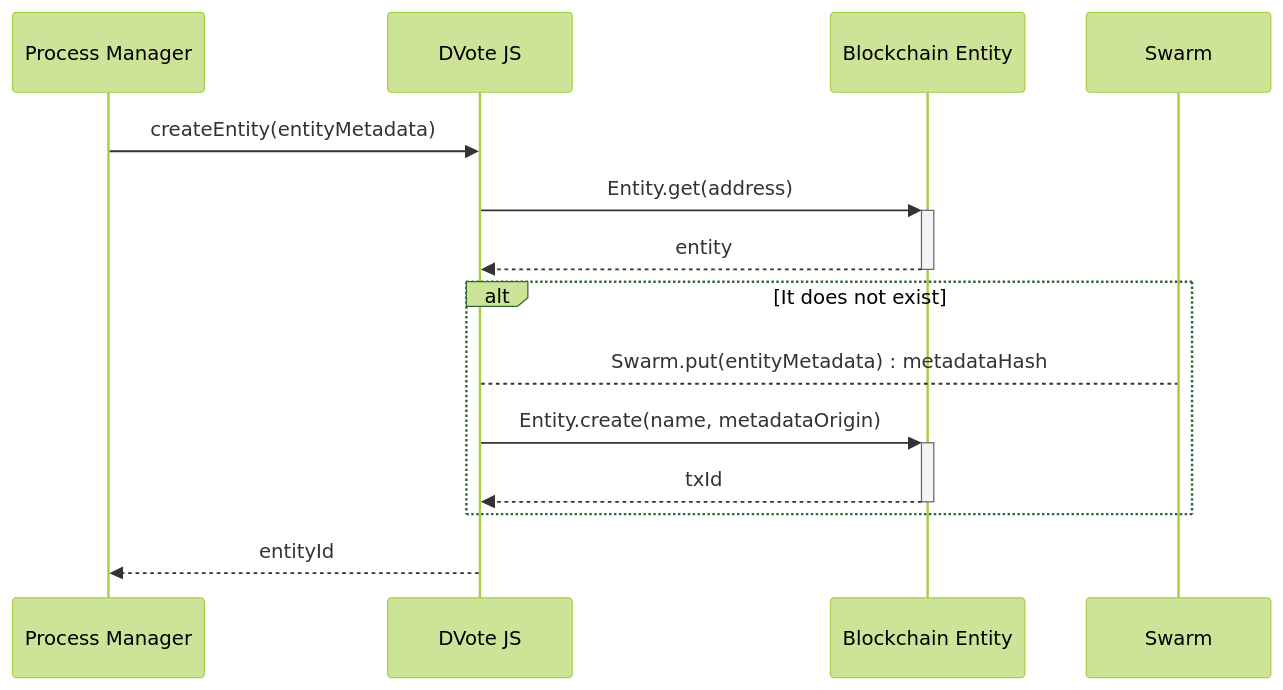
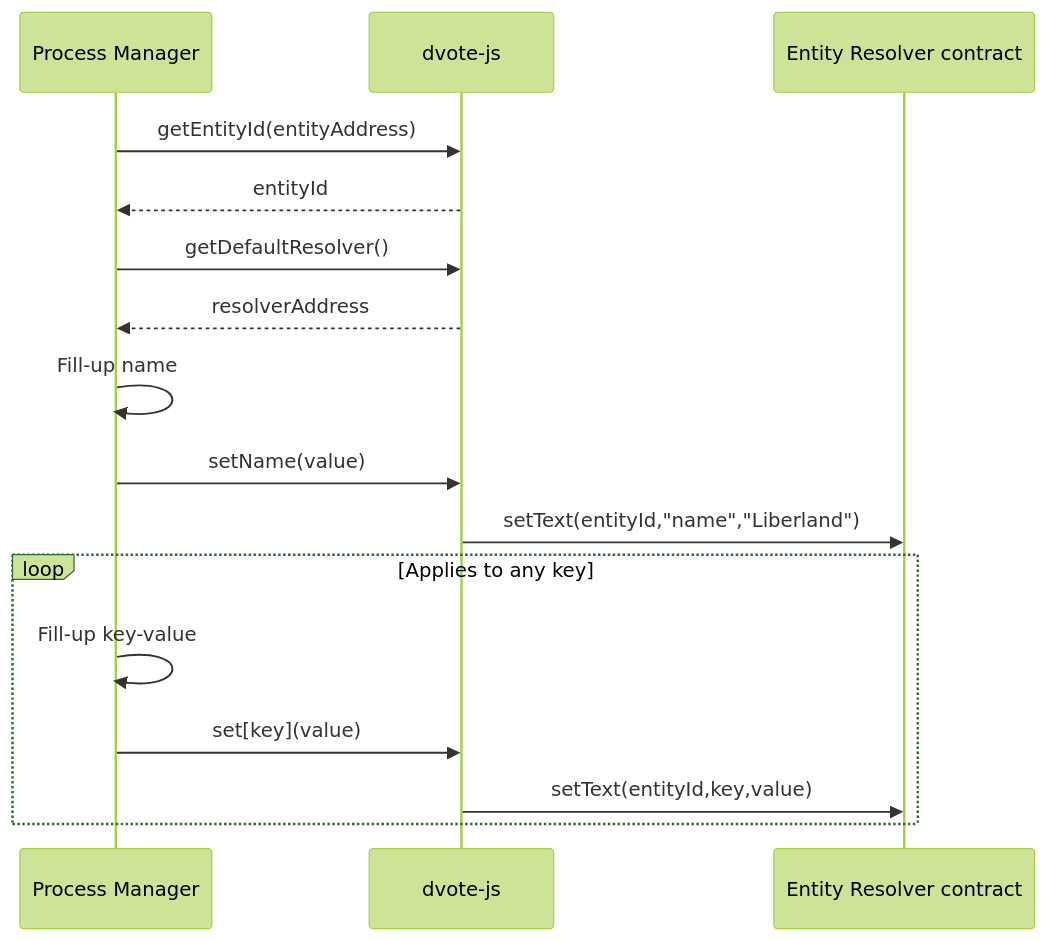
Before and after one commit to vocdoni/docs: the third of 14 diagrams in docs/protocol/sequence-diagrams.md, drawn with Mermaid (forest theme). The commit also changed other lines of this file, not shown here.

Commit message:
Set entity meta-data sequence

````diff
--- a/docs/protocol/sequence-diagrams.md
+++ b/docs/protocol/sequence-diagrams.md
@@ -31,21 +49,25 @@
 ```mermaid
+
 sequenceDiagram
     participant PM as Process Manager
-    participant DV as DVote JS
-    participant BE as Blockchain Entity
-    participant S as Swarm
+    participant DV as dvote-js
+    participant ER as Entity Resolver contract
 
-    PM->>DV: createEntity(entityMetadata)
+    PM->>DV: getEntityId(entityAddress)
+    DV-->>PM: entityId
 
-        DV->>+BE: Entity.get(address)
-        BE-->>-DV: entity
+    PM->>DV: getDefaultResolver()
+    DV-->>PM: resolverAddress
 
-        Alt It does not exist
-            DV-->S: Swarm.put(entityMetadata) : metadataHash
 
-            DV->>+BE: Entity.create(name, metadataOrigin)
-            BE-->>-DV: txId
-        end
+    PM->>PM: Fill-up name
+    PM->>DV: setName(value)
+        DV->>ER: setText(entityId,"name","Liberland")
 
-    DV-->>PM: entityId
+    loop Applies to any key
+        PM->>PM: Fill-up key-value
+        PM->>DV: set[key](value)
+        DV->>ER: setText(entityId,key,value)
+    end
+
 ```
````
